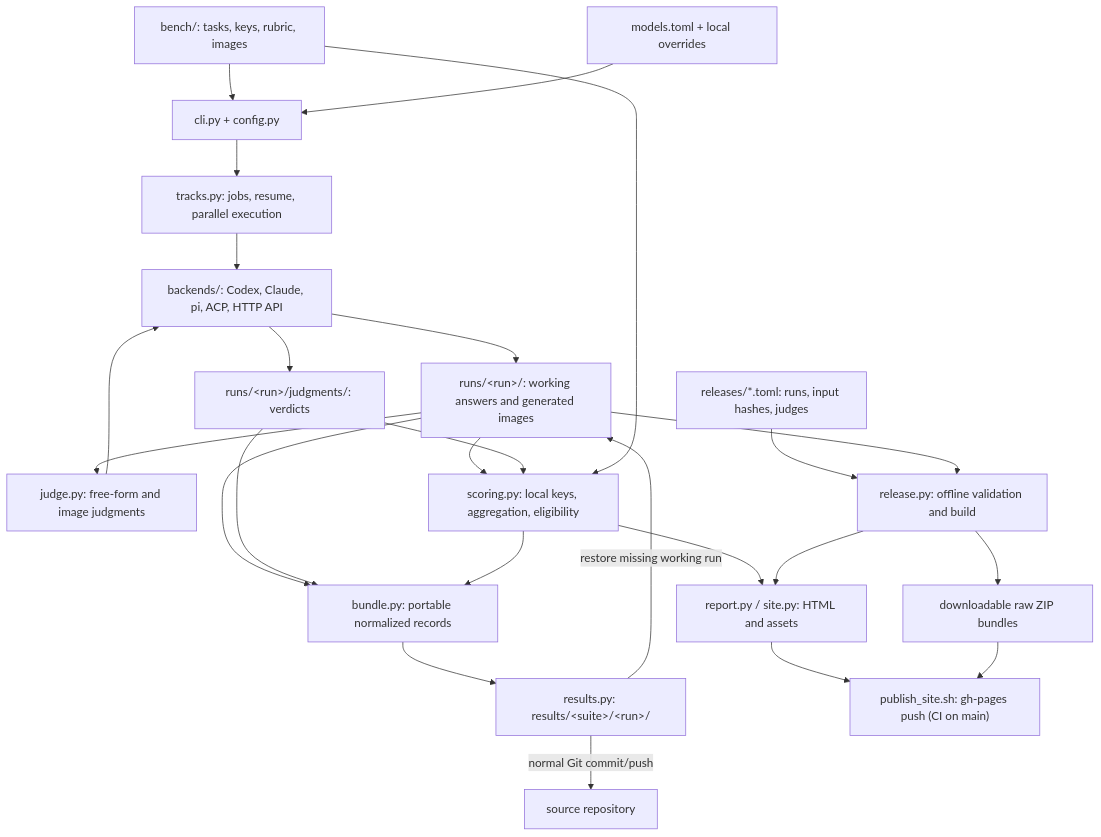
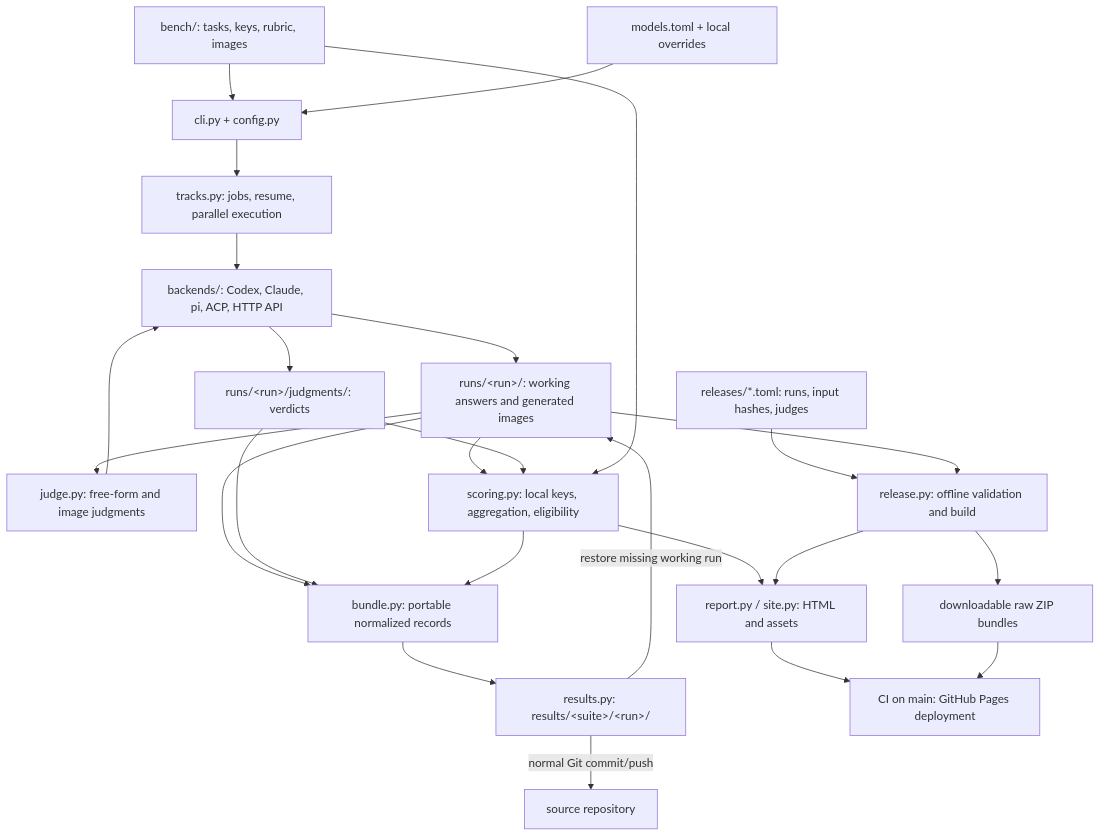
One commit to wusitee/nai-wai-bench changed the diagram in docs/architecture.md. Above: the diagram before and after it, drawn with Mermaid. The commit also changed other lines of this file and 9 other files, not shown here.

First line of the commit message:
Deploy the site with GitHub Pages actions instead of a gh-pages push

````diff
--- a/docs/architecture.md
+++ b/docs/architecture.md
@@ -8,27 +8,27 @@
 ```mermaid
 flowchart TD
     D["bench/: tasks, keys, rubric, images"] --> C["cli.py + config.py"]
     M["models.toml + local overrides"] --> C
     C --> T["tracks.py: jobs, resume, parallel execution"]
     T --> B["backends/: Codex, Claude, pi, ACP, HTTP API"]
     B --> R["runs/&lt;run&gt;/: working answers and generated images"]
     R --> J["judge.py: free-form and image judgments"]
     J --> B
     B --> V["runs/&lt;run&gt;/judgments/: verdicts"]
     R --> S["scoring.py: local keys, aggregation, eligibility"]
     V --> S
     D --> S
     S --> P["report.py / site.py: HTML and assets"]
     R --> E["bundle.py: portable normalized records"]
     V --> E
     S --> E
     E --> G["results.py: results/&lt;suite&gt;/&lt;run&gt;/"]
     G -->|"restore missing working run"| R
     G -->|"normal Git commit/push"| O["source repository"]
     F["releases/*.toml: runs, input hashes, judges"] --> L["release.py: offline validation and build"]
     R --> L
     L --> P
     L --> Z["downloadable raw ZIP bundles"]
-    P --> H["publish_site.sh: gh-pages push (CI on main)"]
+    P --> H["CI on main: GitHub Pages deployment"]
     Z --> H
 ```
````
